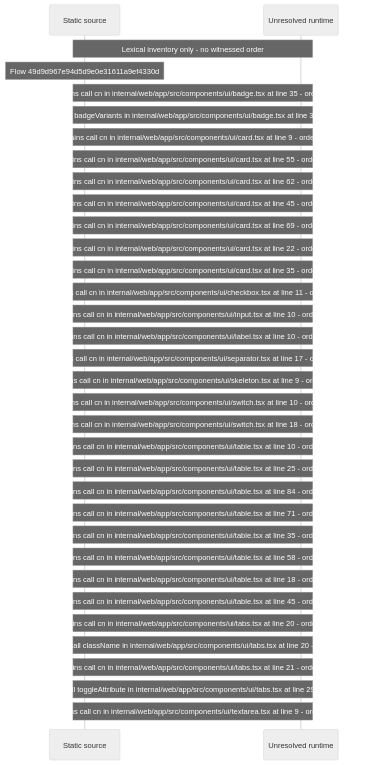
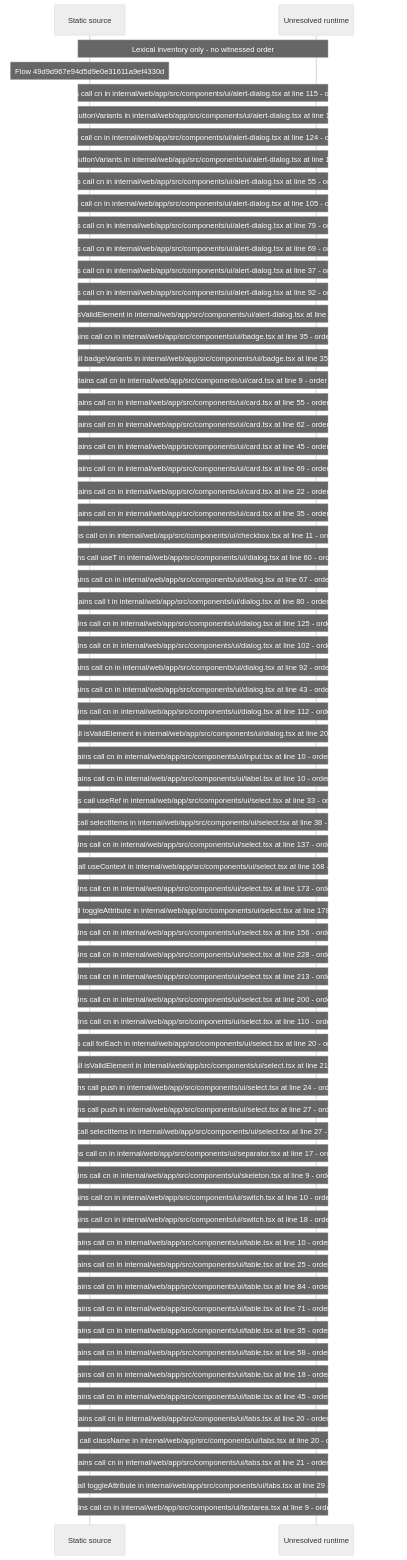
The diagram in docs/web/flows/generated/49d9d967e94d5d9e0e31611a9ef4330d/flow-diagram.md (beamfall/core), drawn with Mermaid (neutral theme) before and after one commit. The commit also changed other lines of this file and 699 other files, not shown here.

Commit message:
Regenerate the web flow record with flow generator version 5

````diff
--- a/docs/web/flows/generated/49d9d967e94d5d9e0e31611a9ef4330d/flow-diagram.md
+++ b/docs/web/flows/generated/49d9d967e94d5d9e0e31611a9ef4330d/flow-diagram.md
@@ -10,36 +10,72 @@
 ```mermaid
 sequenceDiagram
     participant S as Static source
     participant U as Unresolved runtime
     Note over S,U: Lexical inventory only - no witnessed order
     Note over S: Flow 49d9d967e94d5d9e0e31611a9ef4330d
+    Note over S,U: Source contains call cn in internal/web/app/src/components/ui/alert-dialog.tsx at line 115 - order unresolved
+    Note over S,U: Source contains call buttonVariants in internal/web/app/src/components/ui/alert-dialog.tsx at line 115 - order unresolved
+    Note over S,U: Source contains call cn in internal/web/app/src/components/ui/alert-dialog.tsx at line 124 - order unresolved
+    Note over S,U: Source contains call buttonVariants in internal/web/app/src/components/ui/alert-dialog.tsx at line 124 - order unresolved
+    Note over S,U: Source contains call cn in internal/web/app/src/components/ui/alert-dialog.tsx at line 55 - order unresolved
+    Note over S,U: Source contains call cn in internal/web/app/src/components/ui/alert-dialog.tsx at line 105 - order unresolved
+    Note over S,U: Source contains call cn in internal/web/app/src/components/ui/alert-dialog.tsx at line 79 - order unresolved
+    Note over S,U: Source contains call cn in internal/web/app/src/components/ui/alert-dialog.tsx at line 69 - order unresolved
+    Note over S,U: Source contains call cn in internal/web/app/src/components/ui/alert-dialog.tsx at line 37 - order unresolved
+    Note over S,U: Source contains call cn in internal/web/app/src/components/ui/alert-dialog.tsx at line 92 - order unresolved
+    Note over S,U: Source contains call isValidElement in internal/web/app/src/components/ui/alert-dialog.tsx at line 18 - order unresolved
     Note over S,U: Source contains call cn in internal/web/app/src/components/ui/badge.tsx at line 35 - order unresolved
     Note over S,U: Source contains call badgeVariants in internal/web/app/src/components/ui/badge.tsx at line 35 - order unresolved
     Note over S,U: Source contains call cn in internal/web/app/src/components/ui/card.tsx at line 9 - order unresolved
     Note over S,U: Source contains call cn in internal/web/app/src/components/ui/card.tsx at line 55 - order unresolved
     Note over S,U: Source contains call cn in internal/web/app/src/components/ui/card.tsx at line 62 - order unresolved
     Note over S,U: Source contains call cn in internal/web/app/src/components/ui/card.tsx at line 45 - order unresolved
     Note over S,U: Source contains call cn in internal/web/app/src/components/ui/card.tsx at line 69 - order unresolved
     Note over S,U: Source contains call cn in internal/web/app/src/components/ui/card.tsx at line 22 - order unresolved
     Note over S,U: Source contains call cn in internal/web/app/src/components/ui/card.tsx at line 35 - order unresolved
     Note over S,U: Source contains call cn in internal/web/app/src/components/ui/checkbox.tsx at line 11 - order unresolved
+    Note over S,U: Source contains call useT in internal/web/app/src/components/ui/dialog.tsx at line 60 - order unresolved
+    Note over S,U: Source contains call cn in internal/web/app/src/components/ui/dialog.tsx at line 67 - order unresolved
+    Note over S,U: Source contains call t in internal/web/app/src/components/ui/dialog.tsx at line 80 - order unresolved
+    Note over S,U: Source contains call cn in internal/web/app/src/components/ui/dialog.tsx at line 125 - order unresolved
+    Note over S,U: Source contains call cn in internal/web/app/src/components/ui/dialog.tsx at line 102 - order unresolved
+    Note over S,U: Source contains call cn in internal/web/app/src/components/ui/dialog.tsx at line 92 - order unresolved
+    Note over S,U: Source contains call cn in internal/web/app/src/components/ui/dialog.tsx at line 43 - order unresolved
+    Note over S,U: Source contains call cn in internal/web/app/src/components/ui/dialog.tsx at line 112 - order unresolved
+    Note over S,U: Source contains call isValidElement in internal/web/app/src/components/ui/dialog.tsx at line 20 - order unresolved
     Note over S,U: Source contains call cn in internal/web/app/src/components/ui/input.tsx at line 10 - order unresolved
     Note over S,U: Source contains call cn in internal/web/app/src/components/ui/label.tsx at line 10 - order unresolved
+    Note over S,U: Source contains call useRef in internal/web/app/src/components/ui/select.tsx at line 33 - order unresolved
+    Note over S,U: Source contains call selectItems in internal/web/app/src/components/ui/select.tsx at line 38 - order unresolved
+    Note over S,U: Source contains call cn in internal/web/app/src/components/ui/select.tsx at line 137 - order unresolved
+    Note over S,U: Source contains call useContext in internal/web/app/src/components/ui/select.tsx at line 168 - order unresolved
+    Note over S,U: Source contains call cn in internal/web/app/src/components/ui/select.tsx at line 173 - order unresolved
+    Note over S,U: Source contains call toggleAttribute in internal/web/app/src/components/ui/select.tsx at line 178 - order unresolved
+    Note over S,U: Source contains call cn in internal/web/app/src/components/ui/select.tsx at line 156 - order unresolved
+    Note over S,U: Source contains call cn in internal/web/app/src/components/ui/select.tsx at line 228 - order unresolved
+    Note over S,U: Source contains call cn in internal/web/app/src/components/ui/select.tsx at line 213 - order unresolved
+    Note over S,U: Source contains call cn in internal/web/app/src/components/ui/select.tsx at line 200 - order unresolved
+    Note over S,U: Source contains call cn in internal/web/app/src/components/ui/select.tsx at line 110 - order unresolved
+    Note over S,U: Source contains call forEach in internal/web/app/src/components/ui/select.tsx at line 20 - order unresolved
+    Note over S,U: Source contains call isValidElement in internal/web/app/src/components/ui/select.tsx at line 21 - order unresolved
+    Note over S,U: Source contains call push in internal/web/app/src/components/ui/select.tsx at line 24 - order unresolved
+    Note over S,U: Source contains call push in internal/web/app/src/components/ui/select.tsx at line 27 - order unresolved
+    Note over S,U: Source contains call selectItems in internal/web/app/src/components/ui/select.tsx at line 27 - order unresolved
     Note over S,U: Source contains call cn in internal/web/app/src/components/ui/separator.tsx at line 17 - order unresolved
     Note over S,U: Source contains call cn in internal/web/app/src/components/ui/skeleton.tsx at line 9 - order unresolved
     Note over S,U: Source contains call cn in internal/web/app/src/components/ui/switch.tsx at line 10 - order unresolved
     Note over S,U: Source contains call cn in internal/web/app/src/components/ui/switch.tsx at line 18 - order unresolved
     Note over S,U: Source contains call cn in internal/web/app/src/components/ui/table.tsx at line 10 - order unresolved
     Note over S,U: Source contains call cn in internal/web/app/src/components/ui/table.tsx at line 25 - order unresolved
     Note over S,U: Source contains call cn in internal/web/app/src/components/ui/table.tsx at line 84 - order unresolved
     Note over S,U: Source contains call cn in internal/web/app/src/components/ui/table.tsx at line 71 - order unresolved
     Note over S,U: Source contains call cn in internal/web/app/src/components/ui/table.tsx at line 35 - order unresolved
     Note over S,U: Source contains call cn in internal/web/app/src/components/ui/table.tsx at line 58 - order unresolved
     Note over S,U: Source contains call cn in internal/web/app/src/components/ui/table.tsx at line 18 - order unresolved
     Note over S,U: Source contains call cn in internal/web/app/src/components/ui/table.tsx at line 45 - order unresolved
     Note over S,U: Source contains call cn in internal/web/app/src/components/ui/tabs.tsx at line 20 - order unresolved
     Note over S,U: Source contains call className in internal/web/app/src/components/ui/tabs.tsx at line 20 - order unresolved
     Note over S,U: Source contains call cn in internal/web/app/src/components/ui/tabs.tsx at line 21 - order unresolved
     Note over S,U: Source contains call toggleAttribute in internal/web/app/src/components/ui/tabs.tsx at line 29 - order unresolved
     Note over S,U: Source contains call cn in internal/web/app/src/components/ui/textarea.tsx at line 9 - order unresolved
 ```
````
